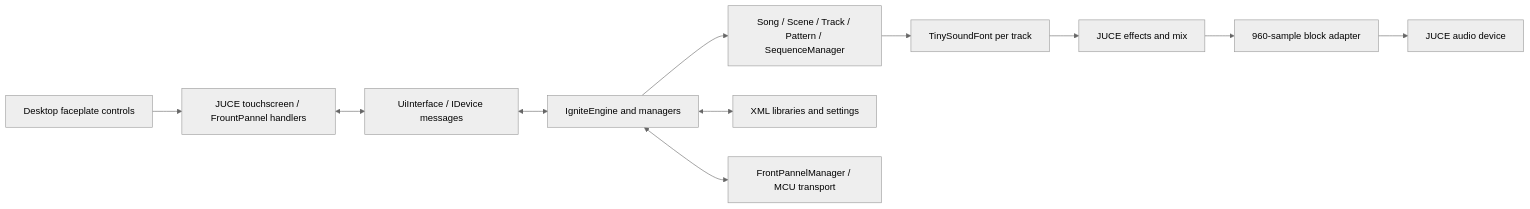
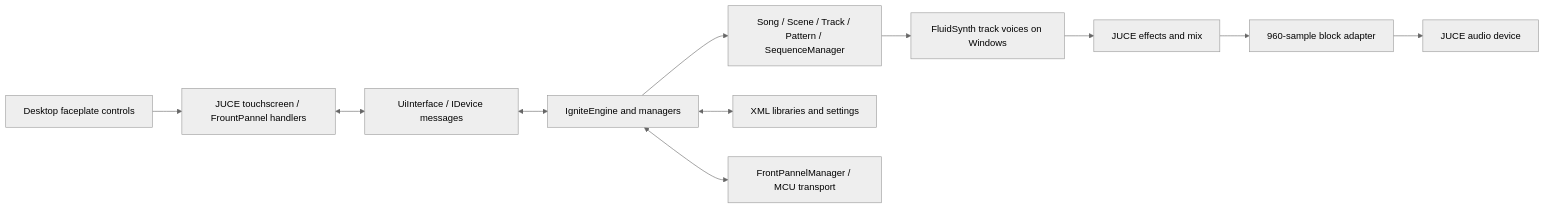
One commit to chillbeast/0716-AAF changed the diagram in docs/DEVELOPMENT.md. Above: the diagram before and after it, drawn with Mermaid (neutral theme). The commit also changed other lines of this file and 16 other files, not shown here.

````diff
--- a/docs/DEVELOPMENT.md
+++ b/docs/DEVELOPMENT.md
@@ -7,13 +7,13 @@
 ```mermaid
 flowchart LR
     Panel[Desktop faceplate controls] --> UI[JUCE touchscreen / FrountPannel handlers]
     UI <--> Interface[UiInterface / IDevice messages]
     Interface <--> Engine[IgniteEngine and managers]
     Engine --> Sequence[Song / Scene / Track / Pattern / SequenceManager]
-    Sequence --> TSF[TinySoundFont per track]
+    Sequence --> TSF[FluidSynth track voices on Windows]
     TSF --> FX[JUCE effects and mix]
     FX --> Adapter[960-sample block adapter]
     Adapter --> Audio[JUCE audio device]
     Engine <--> Files[XML libraries and settings]
     Engine <--> MCU[FrontPannelManager / MCU transport]
 ```
````
